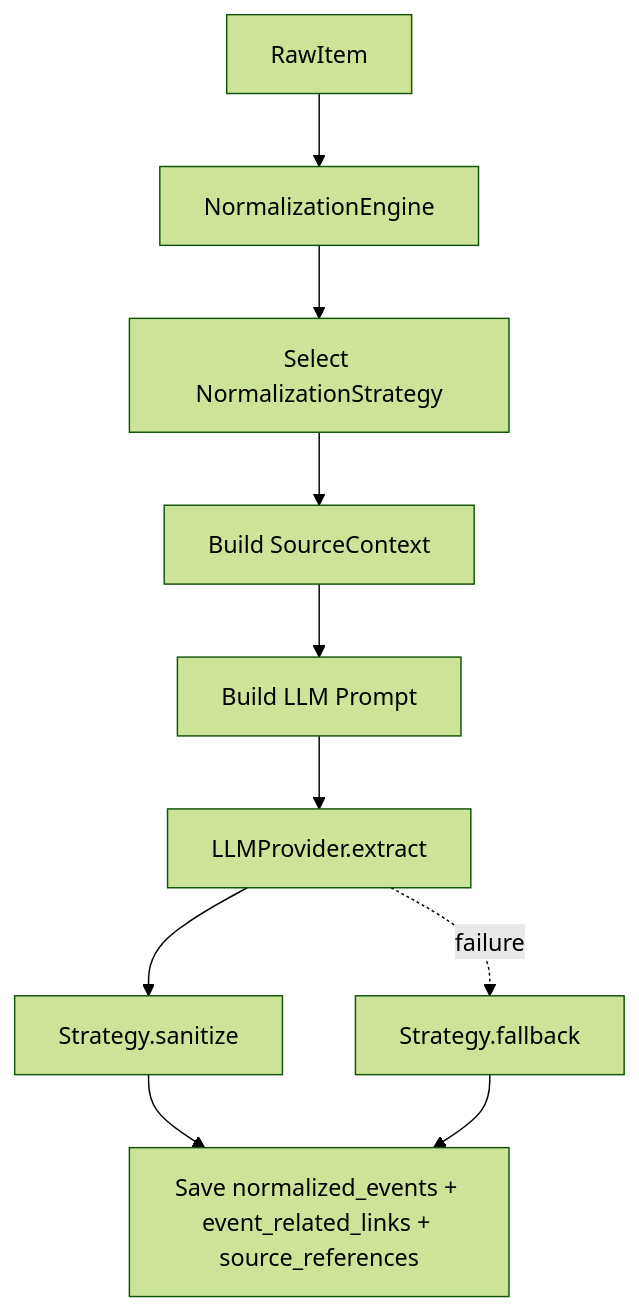
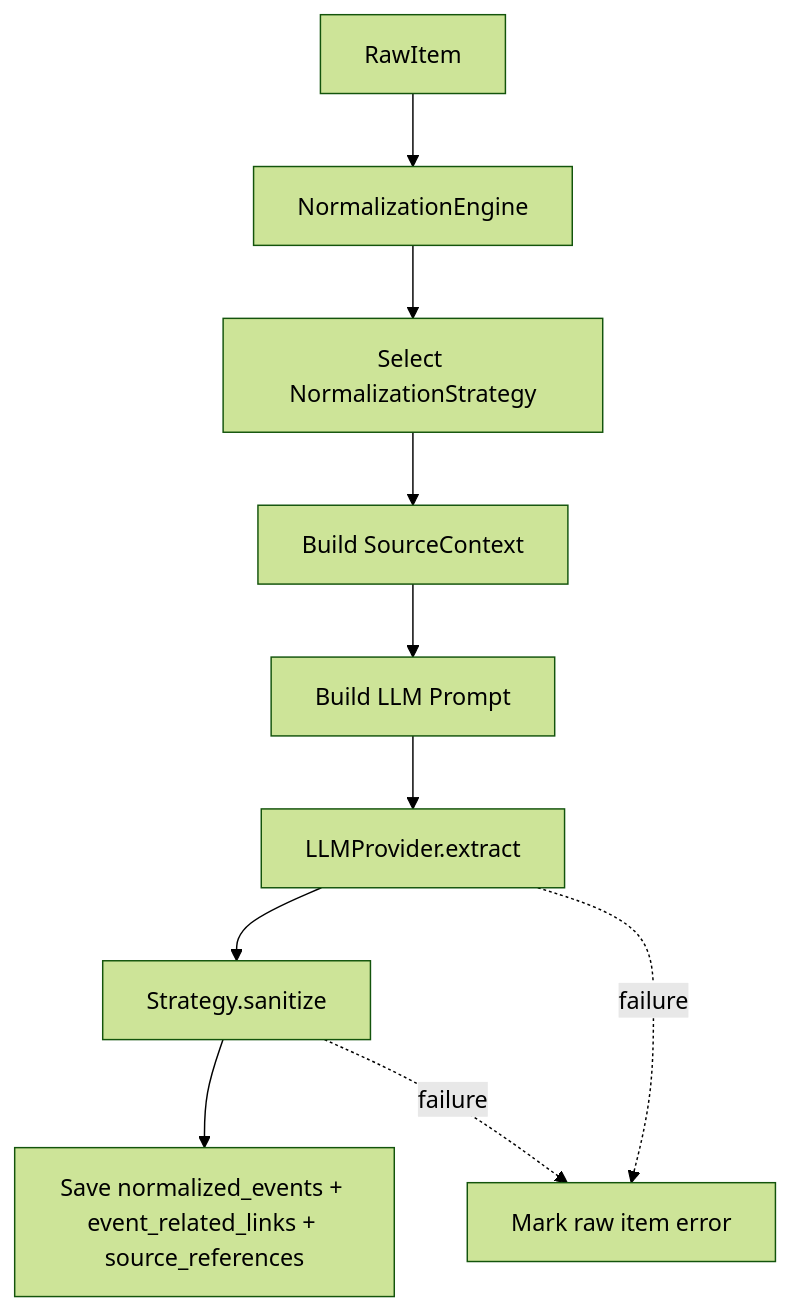
Before and after one commit to d4n1elchen/oshikatsu: the diagram in design_docs/2026-04-25-normalization-strategy/normalization-strategy.md, drawn with Mermaid (forest theme). The commit also changed other lines of this file and 6 other files, not shown here.

Commit message:
refactor: remove strategy fallback logic to enforce strict LLM extraction validation in NormalizationEngine

````diff
--- a/design_docs/2026-04-25-normalization-strategy/normalization-strategy.md
+++ b/design_docs/2026-04-25-normalization-strategy/normalization-strategy.md
@@ -43,12 +43,12 @@
 ```mermaid
 flowchart TD
     RAW["RawItem"] --> ENGINE["NormalizationEngine"]
     ENGINE --> SELECT["Select NormalizationStrategy"]
     SELECT --> CTX["Build SourceContext"]
     CTX --> PROMPT["Build LLM Prompt"]
     PROMPT --> LLM["LLMProvider.extract"]
     LLM --> SANITIZE["Strategy.sanitize"]
-    LLM -. "failure" .-> FALLBACK["Strategy.fallback"]
     SANITIZE --> SAVE["Save normalized_events + event_related_links + source_references"]
-    FALLBACK --> SAVE
+    LLM -. "failure" .-> ERROR["Mark raw item error"]
+    SANITIZE -. "failure" .-> ERROR
 ```
````
